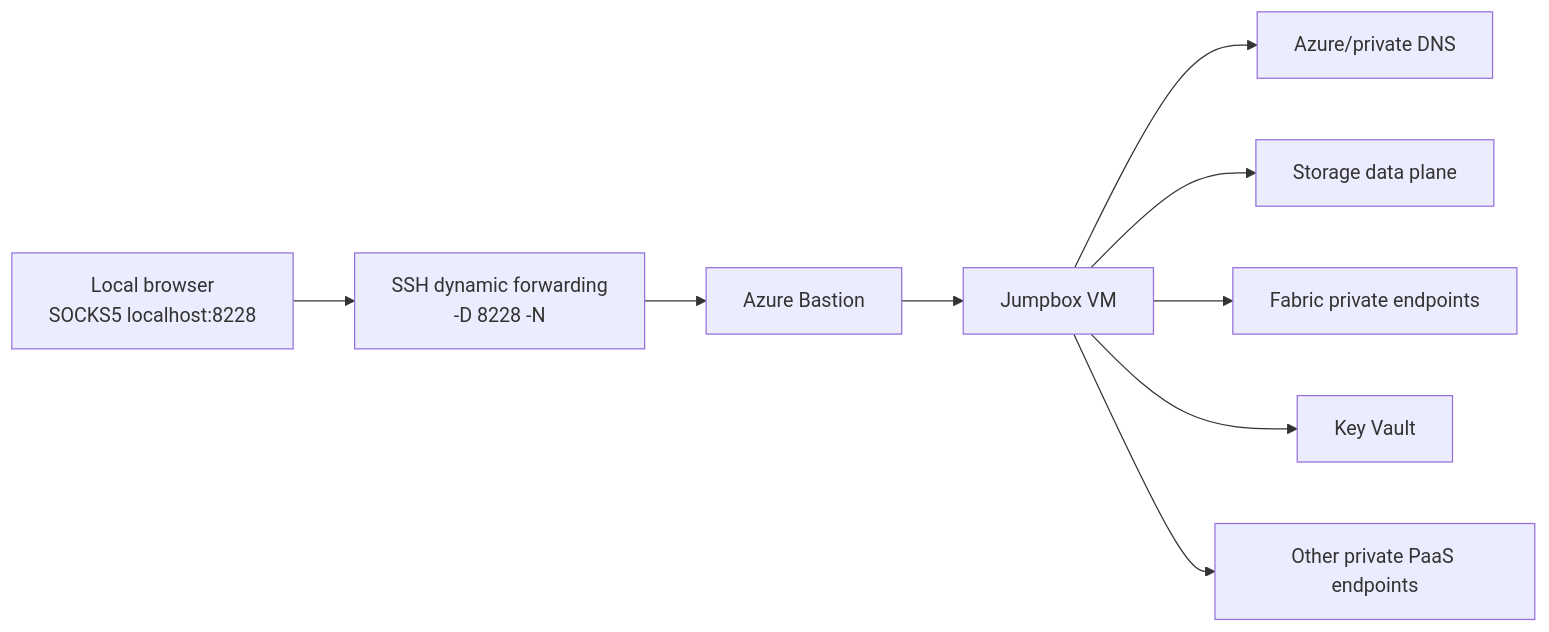
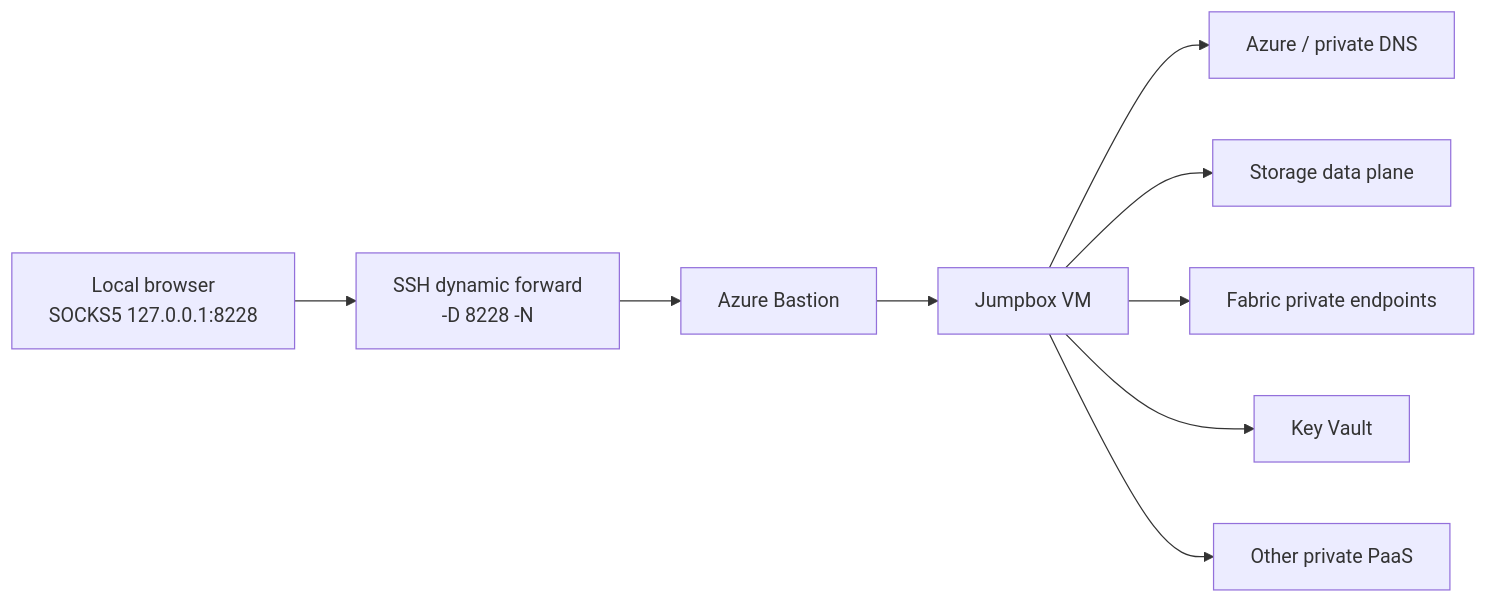
Before and after one commit to bcgov/eo-dmi-alz-bastion-jumpbox: the eighth of 8 diagrams in README.md, drawn with Mermaid. The commit also changed other lines of this file and 1 other file, not shown here.

````diff
--- a/README.md
+++ b/README.md
@@ -730,19 +737,19 @@
 ```mermaid
 flowchart LR
-  local[Local browser<br/>SOCKS5 localhost:8228]
-  ssh[SSH dynamic forwarding<br/>-D 8228 -N]
+  local["Local browser<br/>SOCKS5 127.0.0.1:8228"]
+  ssh["SSH dynamic forward<br/>-D 8228 -N"]
   bastion[Azure Bastion]
   vm[Jumpbox VM]
-  dns[Azure/private DNS]
+  dns[Azure / private DNS]
   storage[Storage data plane]
   fabric[Fabric private endpoints]
   kv[Key Vault]
-  other[Other private PaaS endpoints]
+  other[Other private PaaS]
 
   local --> ssh --> bastion --> vm
   vm --> dns
   vm --> storage
   vm --> fabric
   vm --> kv
   vm --> other
 ```
````
